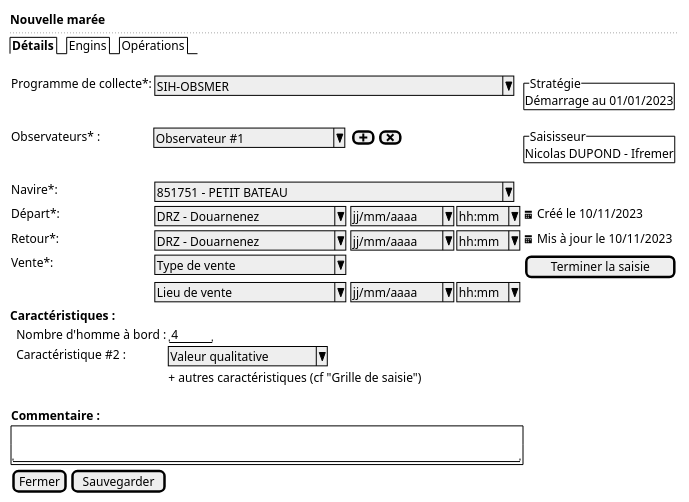
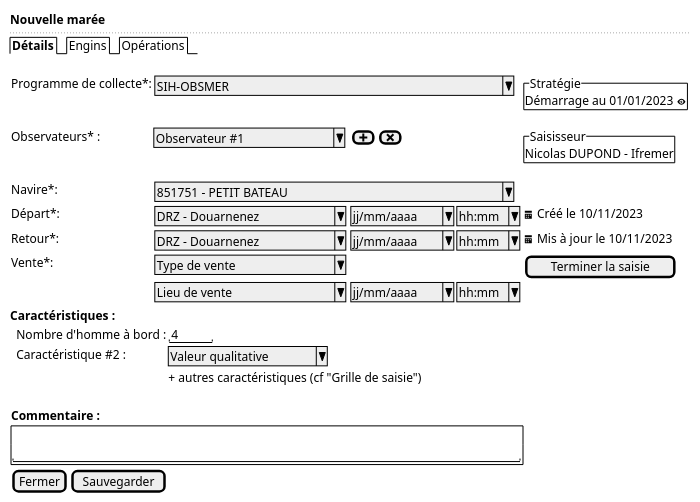
Before and after one commit to sumaris-net/sumaris-doc: the diagram in projects/obsmer/spe/images/trip-new.puml, drawn with PlantUML.

Commit message:
[enh] Fix Obsmer spe

```diff
--- a/projects/obsmer/spe/images/trip-new.puml
+++ b/projects/obsmer/spe/images/trip-new.puml
@@ -1,46 +1,46 @@
 @startsalt
 {
   <b>Nouvelle marée
   ..
   {/ <b>Détails | Engins | Opérations }
   .
   {
 
       Programme de collecte*:    | { ^SIH-OBSMER                                 ^ } | * | {^"Stratégie"
 
-      Démarrage au 01/01/2023 }
+      Démarrage au 01/01/2023 <&eye> }
 
       Observateurs* :            | ^ Observateur #1       ^ | { [<&plus>] | [<&x>] } | {^"Saisisseur"
                                                                                                Nicolas DUPOND - Ifremer  }
 
       Navire*:                   | { ^851751 - PETIT BATEAU                      ^ } | * | .
 
       Départ*:     | { ^DRZ - Douarnenez      ^ } | { ^ jj/mm/aaaa^  |  ^ hh:mm^ } | <&calendar> Créé le 10/11/2023
 
       Retour*:     | { ^DRZ - Douarnenez      ^ } | { ^ jj/mm/aaaa^ | ^ hh:mm^ } | <&calendar> Mis à jour le 10/11/2023
 
       Vente*:     | { ^Type de vente         ^ } | . | [Terminer la saisie]
       .           | { ^Lieu de vente         ^ } | { ^ jj/mm/aaaa^ |  ^ hh:mm^ }
 
   }
 
   <b>Caractéristiques :
 
   {
       . |Nombre d'homme à bord : | " 4   "
       . |Caractéristique #2 : | ^Valeur qualitative^
       . |. | + autres caractéristiques (cf "Grille de saisie")
       . |.
   }
 
   {
      <b>Commentaire :
 
      {+ .
         "                                                               "
      }
   }
 
   { [Fermer] | [Sauvegarder] }
 }
 @endsalt
```
